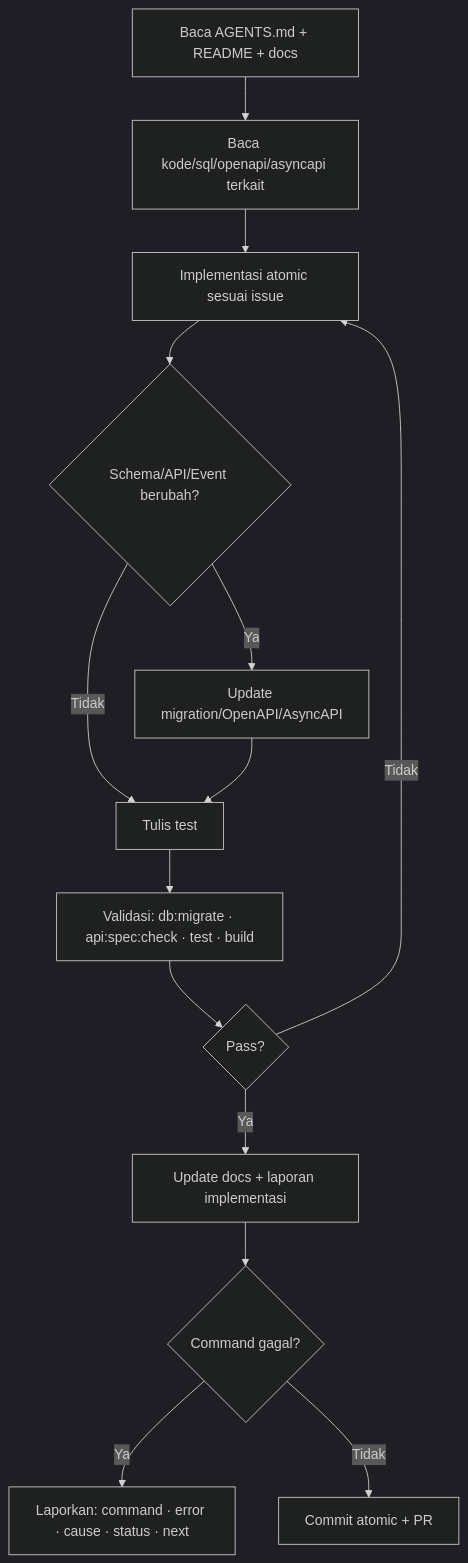
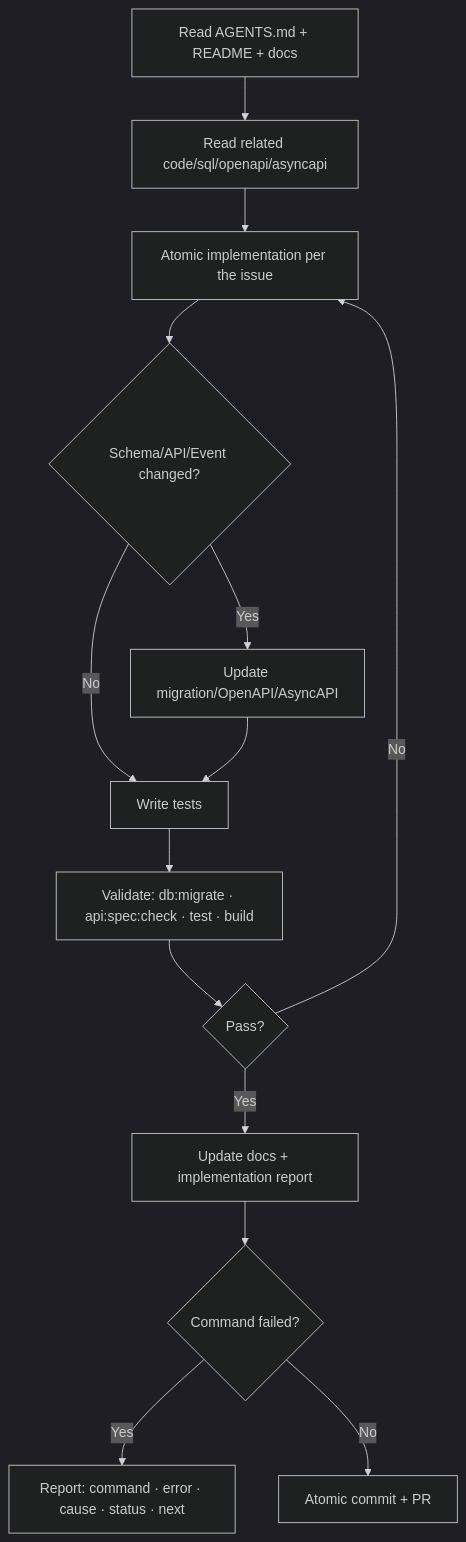
Before and after one commit to ahliweb/awcms: the diagram in docs/awcms/12_generator_prompt.md, drawn with Mermaid (dark theme). The commit also changed other lines of this file and 603 other files, not shown here.

````diff
--- a/docs/awcms/12_generator_prompt.md
+++ b/docs/awcms/12_generator_prompt.md
@@ -40,16 +42,16 @@
 ```mermaid
 flowchart TD
-  A[Baca AGENTS.md + README + docs] --> B[Baca kode/sql/openapi/asyncapi terkait]
-  B --> C[Implementasi atomic sesuai issue]
-  C --> D{Schema/API/Event berubah?}
-  D -- Ya --> E[Update migration/OpenAPI/AsyncAPI]
-  D -- Tidak --> F[Tulis test]
+  A[Read AGENTS.md + README + docs] --> B[Read related code/sql/openapi/asyncapi]
+  B --> C[Atomic implementation per the issue]
+  C --> D{Schema/API/Event changed?}
+  D -- Yes --> E[Update migration/OpenAPI/AsyncAPI]
+  D -- No --> F[Write tests]
   E --> F
-  F --> G[Validasi: db:migrate · api:spec:check · test · build]
+  F --> G[Validate: db:migrate · api:spec:check · test · build]
   G --> H{Pass?}
-  H -- Tidak --> C
-  H -- Ya --> I[Update docs + laporan implementasi]
-  I --> J{Command gagal?}
-  J -- Ya --> K[Laporkan: command · error · cause · status · next]
-  J -- Tidak --> L[Commit atomic + PR]
+  H -- No --> C
+  H -- Yes --> I[Update docs + implementation report]
+  I --> J{Command failed?}
+  J -- Yes --> K[Report: command · error · cause · status · next]
+  J -- No --> L[Atomic commit + PR]
 ```
````
